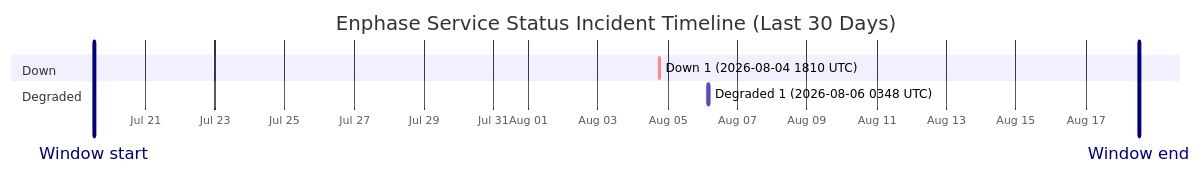
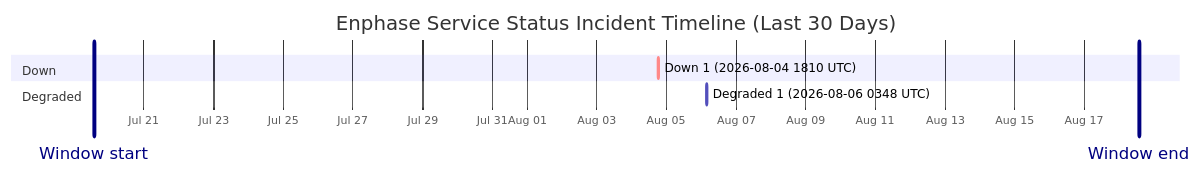
The diagram in wiki/Service-Status-History.md (barneyonline/ha-enphase-energy), drawn with Mermaid before and after one commit. The commit also changed other lines of this file and 3 other files, not shown here.

````diff
--- a/wiki/Service-Status-History.md
+++ b/wiki/Service-Status-History.md
@@ -14,12 +14,12 @@
 ```mermaid
 gantt
     title Enphase Service Status Incident Timeline (Last 30 Days)
     dateFormat  YYYY-MM-DDTHH:mm:ss
     axisFormat  %b %d
-    Window start :vert, window-start, 2026-07-19T12:41:06, 0ms
-    Window end :vert, window-end, 2026-08-18T12:41:06, 0ms
+    Window start :vert, window-start, 2026-07-19T13:39:44, 0ms
+    Window end :vert, window-end, 2026-08-18T13:39:44, 0ms
     section Down
     Down 1 (2026-08-04 1810 UTC) :crit, down-1, 2026-08-04T18:10:46, 60m
     section Degraded
     Degraded 1 (2026-08-06 0348 UTC) :active, degraded-1, 2026-08-06T03:48:14, 60m
 ```
````
